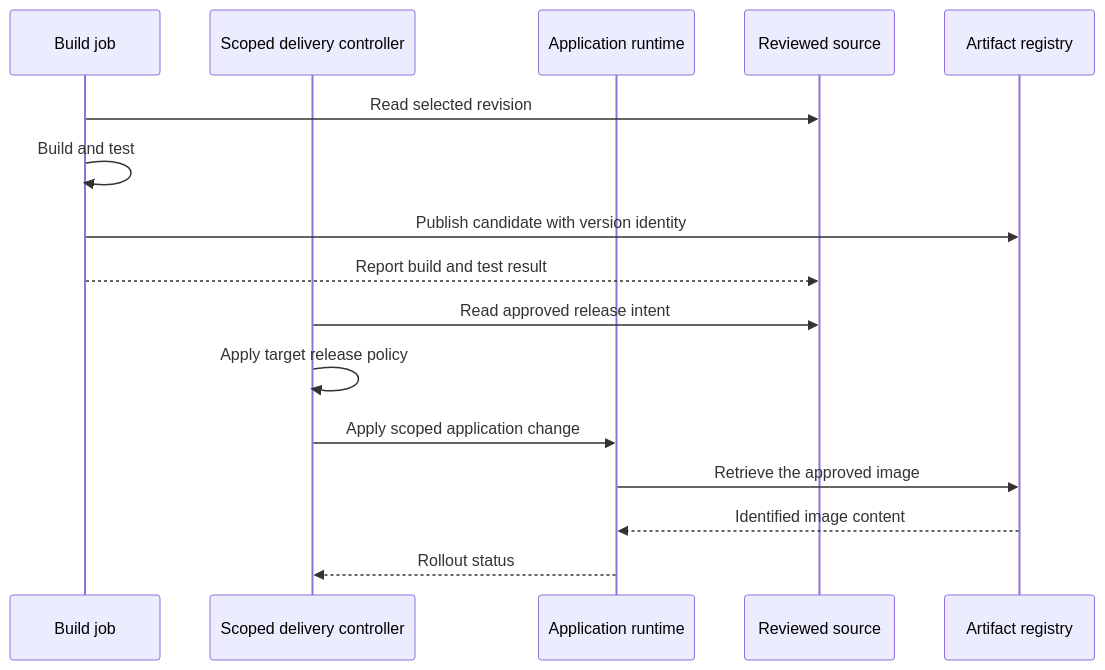
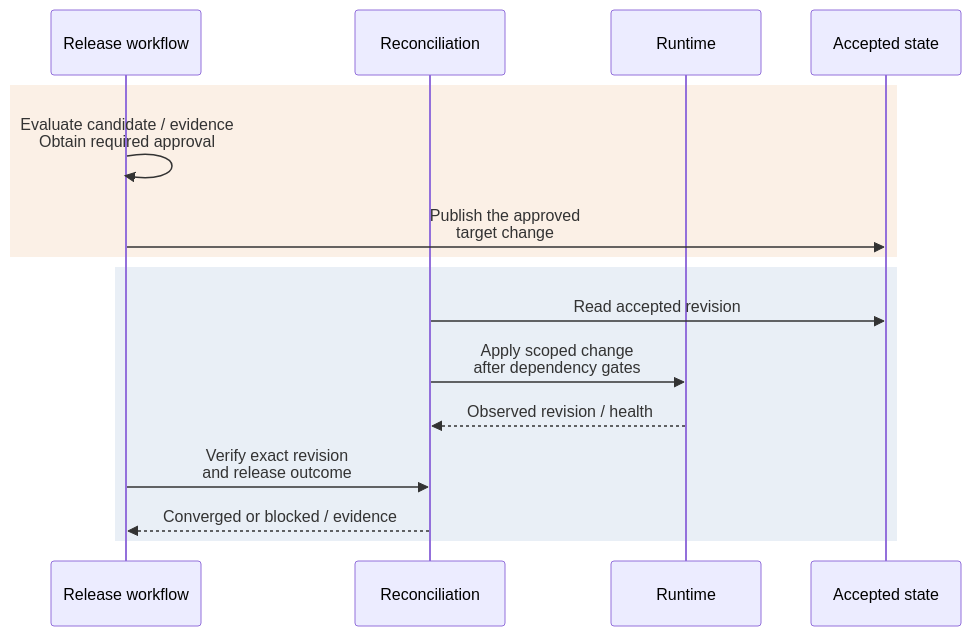
The second of 2 diagrams in docs/01-architecture/10-delivery/README.md (Rexus/homelab), drawn with Mermaid before and after one commit. The commit also changed other lines of this file and 383 other files, not shown here.

````diff
--- a/docs/01-architecture/10-delivery/README.md
+++ b/docs/01-architecture/10-delivery/README.md
@@ -93,18 +93,19 @@
 ```mermaid
+%%{init: {"fontFamily":"Arial, sans-serif","themeVariables":{"fontFamily":"Arial, sans-serif","fontSize":"14px"}}}%%
 sequenceDiagram
-  participant Build as Build job
-  participant Delivery as Scoped delivery controller
-  participant Runtime as Application runtime
-  participant Source as Reviewed source
-  participant Registry as Artifact registry
-  Build->>Source: Read selected revision
-  Build->>Build: Build and test
-  Build->>Registry: Publish candidate with version identity
-  Build-->>Source: Report build and test result
-  Delivery->>Source: Read approved release intent
-  Delivery->>Delivery: Apply target release policy
-  Delivery->>Runtime: Apply scoped application change
-  Runtime->>Registry: Retrieve the approved image
-  Registry-->>Runtime: Identified image content
-  Runtime-->>Delivery: Rollout status
+  participant Release as Release workflow
+  participant Reconcile as Reconciliation
+  participant Runtime as Runtime
+  participant State as Accepted state
+  rect rgba(230,160,100,0.16)
+    Release->>Release: Evaluate candidate / evidence<br/>Obtain required approval
+    Release->>State: Publish the approved<br/>target change
+  end
+  rect rgba(100,145,190,0.14)
+    Reconcile->>State: Read accepted revision
+    Reconcile->>Runtime: Apply scoped change<br/>after dependency gates
+    Runtime-->>Reconcile: Observed revision / health
+    Release->>Reconcile: Verify exact revision<br/>and release outcome
+    Reconcile-->>Release: Converged or blocked / evidence
+  end
 ```
````
